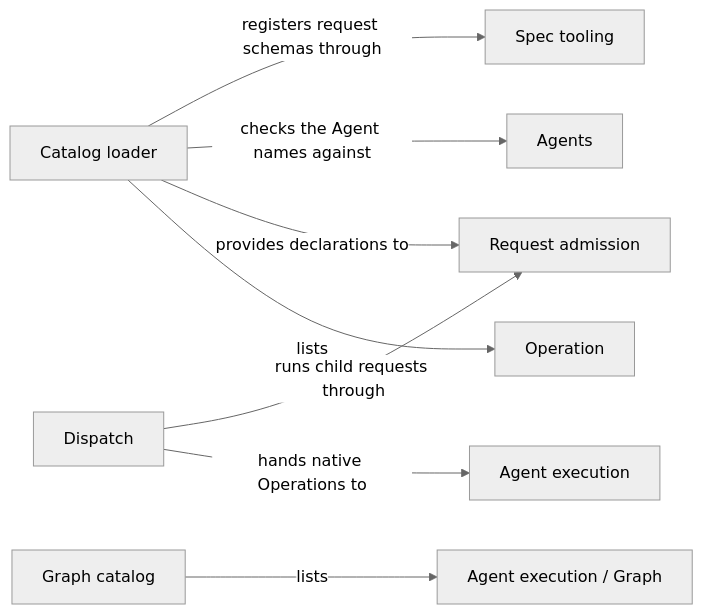
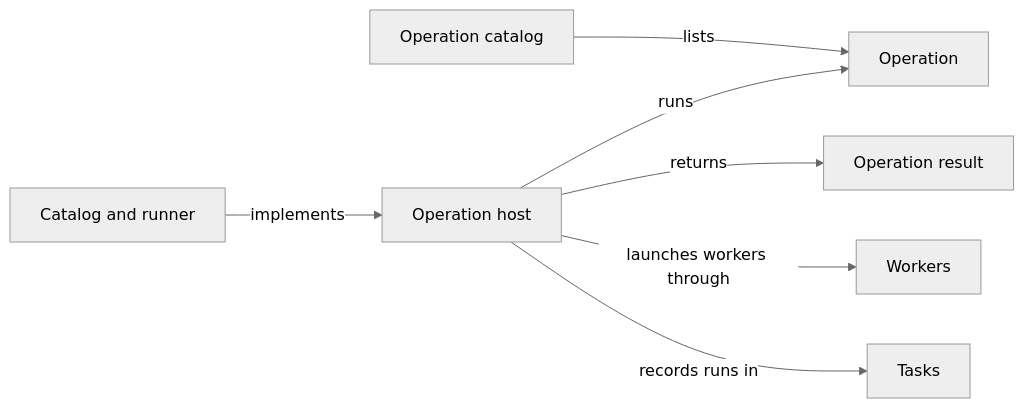
Before and after one commit to FTOD/concorde: the second of 2 diagrams in specs/concorde/operations/module.md, drawn with Mermaid (neutral theme). The commit also changed other lines of this file and 666 other files, not shown here.

````diff
--- a/specs/concorde/operations/module.md
+++ b/specs/concorde/operations/module.md
@@ -119,21 +186,11 @@
 ```mermaid
 flowchart LR
-    accTitle: How the catalog and dispatch collaborate
-    accDescr: Admission reads the catalog and calls dispatch; dispatch hands native Operations to Agent execution; the loader checks Agent names and registers schemas; the Graph catalog lists Graphs.
-    loader[Catalog loader]
-    dispatch[Dispatch]
-    graphs[Graph catalog]
-    operation[Operation]
-    admission[Request admission]
-    execution[Agent execution]
-    agents[Agents]
-    spec[Spec tooling]
-    lgraph[Agent execution / Graph]
-    loader -->|lists| operation
-    loader -->|provides declarations to| admission
-    loader -->|checks the Agent names against| agents
-    loader -->|registers request schemas through| spec
-    dispatch -->|hands native Operations to| execution
-    dispatch -->|runs child requests through| admission
-    graphs -->|lists| lgraph
+    accTitle: How an Operation runs
+    accDescr: The catalog lists Operations; the host runs one, launches workers through Workers, records the run in Tasks and returns the Operation result.
+    catalog[Operation catalog] -->|lists| operation[Operation]
+    host[Operation host] -->|runs| operation
+    host -->|returns| result[Operation result]
+    host -->|launches workers through| workers[Workers]
+    host -->|records runs in| tasks[Tasks]
+    runner[Catalog and runner] -->|implements| host
 ```
````
